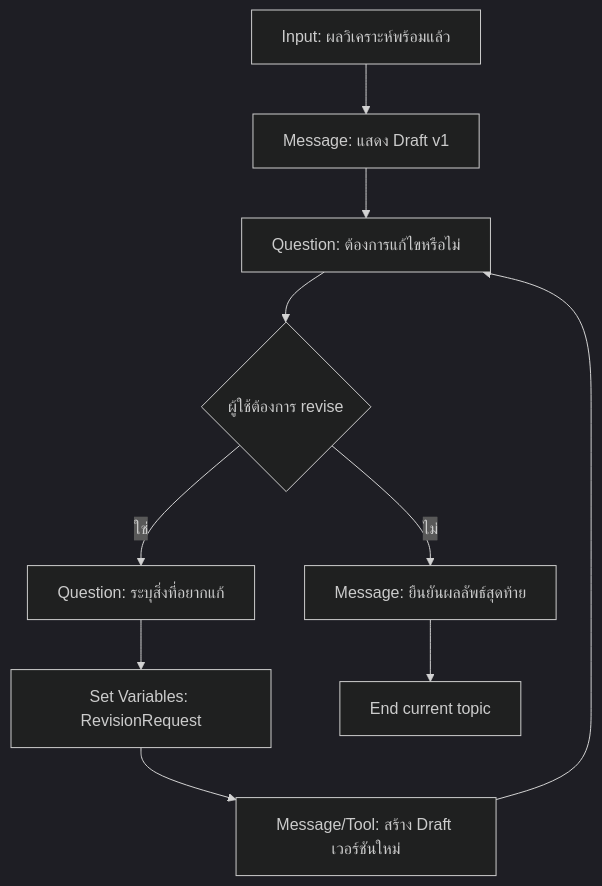
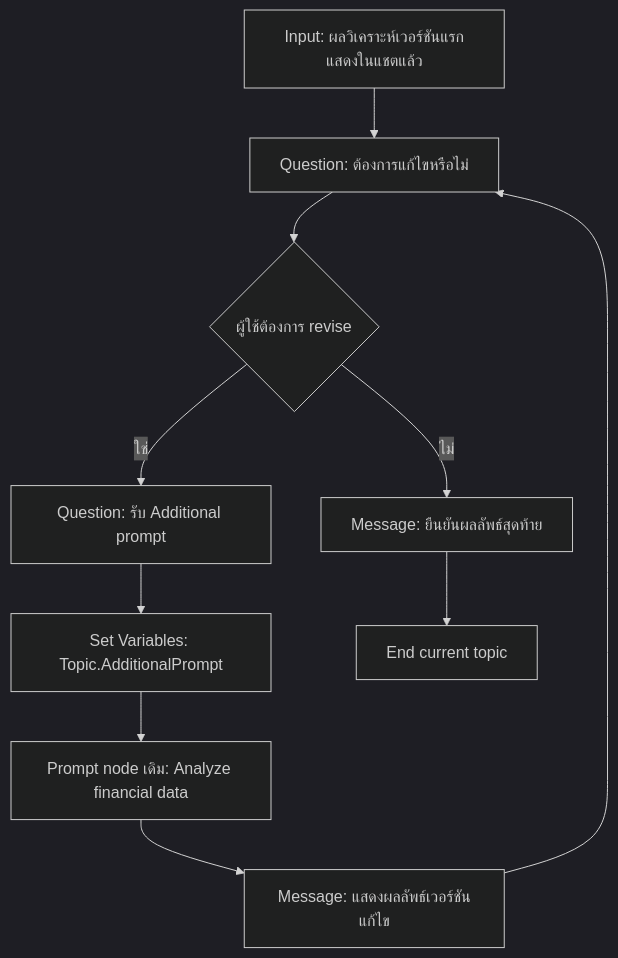
Before and after one commit to teerasej/ptt-gc-ai-creatiion-public: the diagram in exercises/module-2/exercise-4-draft-and-revision-loop/README.md, drawn with Mermaid (dark theme). The commit also changed other lines of this file and 3 other files, not shown here.

````diff
--- a/exercises/module-2/exercise-4-draft-and-revision-loop/README.md
+++ b/exercises/module-2/exercise-4-draft-and-revision-loop/README.md
@@ -9,12 +9,12 @@
 ```mermaid
 flowchart TD
-    A[Input: ผลวิเคราะห์พร้อมแล้ว] --> B[Message: แสดง Draft v1]
-    B --> C[Question: ต้องการแก้ไขหรือไม่]
-    C --> D{ผู้ใช้ต้องการ revise}
-    D -->|ใช่| E[Question: ระบุสิ่งที่อยากแก้]
-    E --> F[Set Variables: RevisionRequest]
-    F --> G[Message/Tool: สร้าง Draft เวอร์ชันใหม่]
-    G --> C
-    D -->|ไม่| H[Message: ยืนยันผลลัพธ์สุดท้าย]
-    H --> I[End current topic]
+   A[Input: ผลวิเคราะห์เวอร์ชันแรกแสดงในแชตแล้ว] --> B[Question: ต้องการแก้ไขหรือไม่]
+   B --> C{ผู้ใช้ต้องการ revise}
+   C -->|ใช่| D[Question: รับ Additional prompt]
+   D --> E[Set Variables: Topic.AdditionalPrompt]
+   E --> F[Prompt node เดิม: Analyze financial data]
+   F --> G[Message: แสดงผลลัพธ์เวอร์ชันแก้ไข]
+   G --> B
+   C -->|ไม่| H[Message: ยืนยันผลลัพธ์สุดท้าย]
+   H --> I[End current topic]
 ```
````
